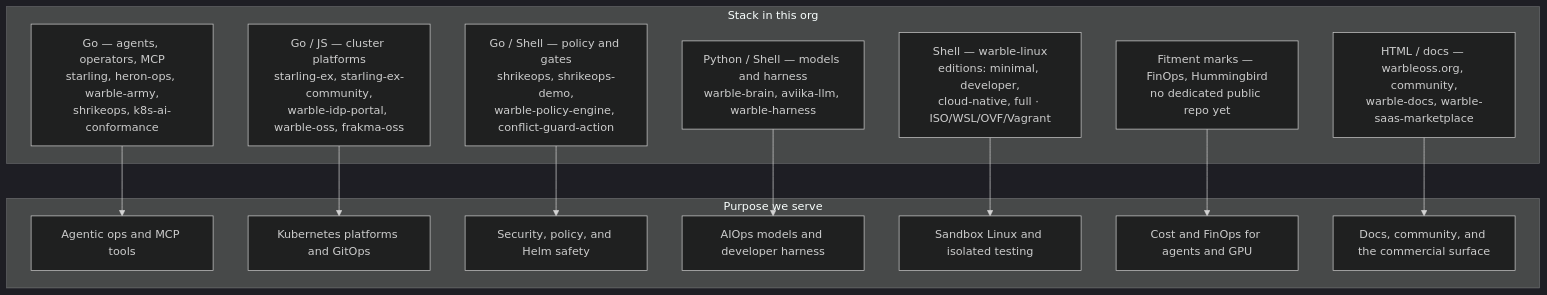
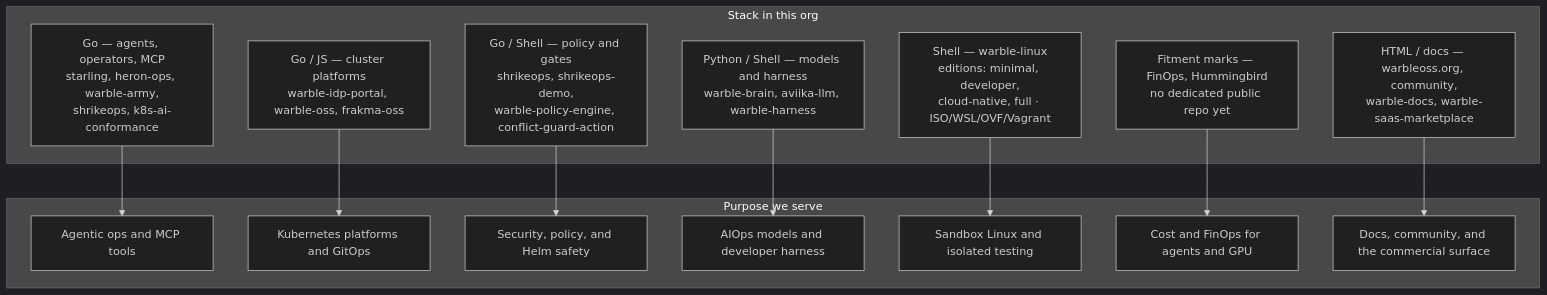
One commit to warbletech/.github changed the first of 2 diagrams in profile/README.md. Above: the diagram before and after it, drawn with Mermaid (dark theme). The commit also changed other lines of this file and 12 other files, not shown here.

````diff
--- a/profile/README.md
+++ b/profile/README.md
@@ -143,30 +164,30 @@
 ```mermaid
 flowchart TB
   subgraph purpose["Purpose we serve"]
     P1["Agentic ops and MCP tools"]
     P2["Kubernetes platforms and GitOps"]
     P3["Security, policy, and Helm safety"]
     P4["AIOps models and developer harness"]
     P5["Sandbox Linux and isolated testing"]
     P6["Cost and FinOps for agents and GPU"]
     P7["Docs, community, and the commercial surface"]
   end
 
   subgraph stack["Stack in this org"]
     S1["Go — agents, operators, MCP<br/>starling, heron-ops, warble-army,<br/>shrikeops, k8s-ai-conformance"]
-    S2["Go / JS — cluster platforms<br/>starling-ex, starling-ex-community,<br/>warble-idp-portal, warble-oss, frakma-oss"]
+    S2["Go / JS — cluster platforms<br/>warble-idp-portal, warble-oss, frakma-oss"]
     S3["Go / Shell — policy and gates<br/>shrikeops, shrikeops-demo,<br/>warble-policy-engine, conflict-guard-action"]
     S4["Python / Shell — models and harness<br/>warble-brain, aviika-llm, warble-harness"]
     S5["Shell — warble-linux<br/>editions: minimal, developer,<br/>cloud-native, full · ISO/WSL/OVF/Vagrant"]
     S6["Fitment marks — FinOps, Hummingbird<br/>no dedicated public repo yet"]
     S7["HTML / docs — warbleoss.org, community,<br/>warble-docs, warble-saas-marketplace"]
   end
 
   S1 --> P1
   S2 --> P2
   S3 --> P3
   S4 --> P4
   S5 --> P5
   S6 --> P6
   S7 --> P7
 ```
````
